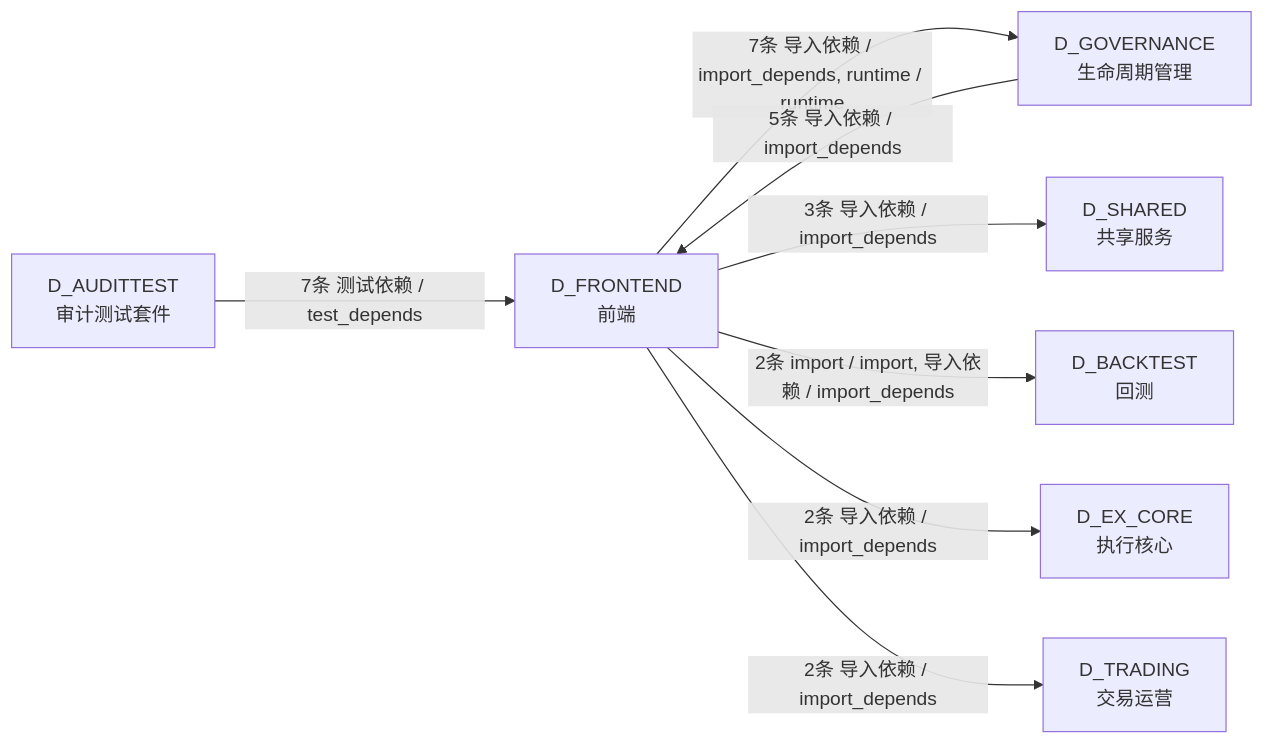
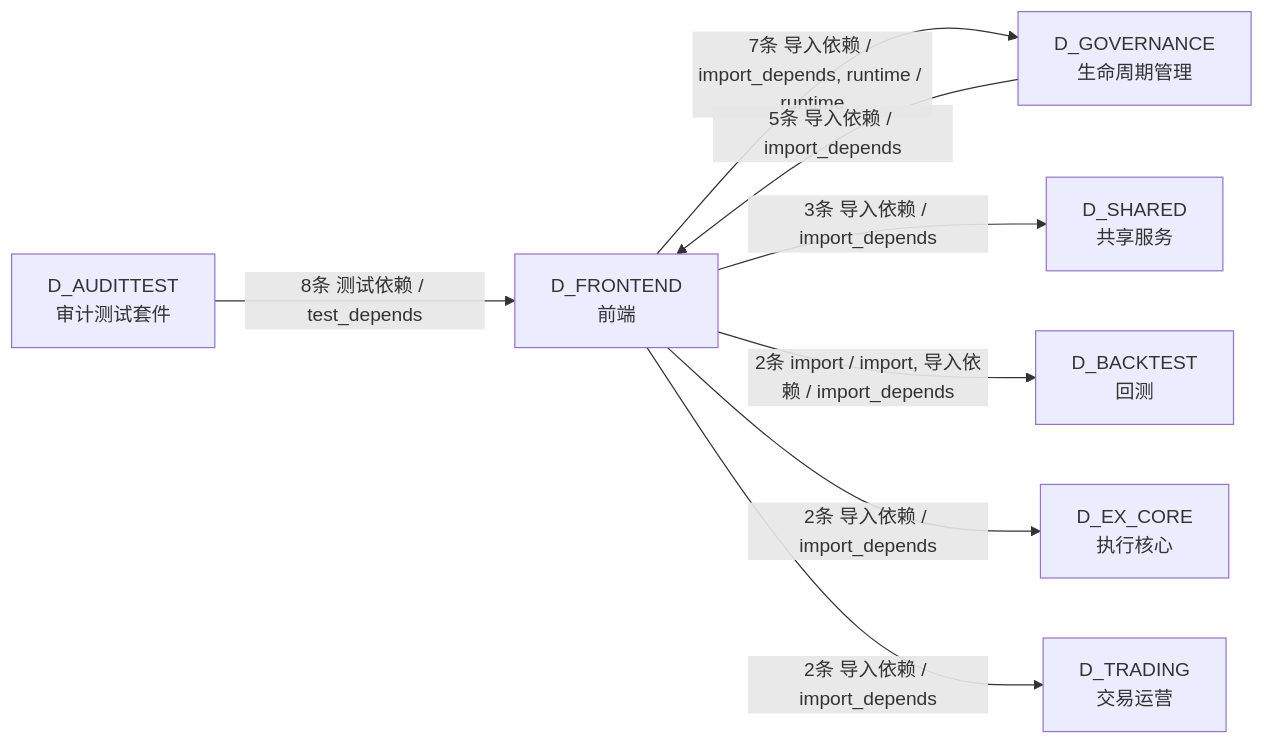
The fifth of 5 diagrams in docs/02_enterprise_architecture/02_domain_architecture_docs/11_d_frontend.md (xuanFelixVan/ZephyrAlpha), drawn with Mermaid before and after one commit. The commit also changed other lines of this file and 100 other files, not shown here.

````diff
--- a/docs/02_enterprise_architecture/02_domain_architecture_docs/11_d_frontend.md
+++ b/docs/02_enterprise_architecture/02_domain_architecture_docs/11_d_frontend.md
@@ -382,17 +382,17 @@
 ```mermaid
 graph LR
     D_FRONTEND["D_FRONTEND<br/>前端"]
     D_GOVERNANCE["D_GOVERNANCE<br/>生命周期管理"]
     D_SHARED["D_SHARED<br/>共享服务"]
     D_BACKTEST["D_BACKTEST<br/>回测"]
     D_EX_CORE["D_EX_CORE<br/>执行核心"]
     D_TRADING["D_TRADING<br/>交易运营"]
     D_AUDITTEST["D_AUDITTEST<br/>审计测试套件"]
     D_FRONTEND -->|7条 导入依赖 / import_depends, runtime / runtime| D_GOVERNANCE
     D_FRONTEND -->|3条 导入依赖 / import_depends| D_SHARED
     D_FRONTEND -->|2条 import / import, 导入依赖 / import_depends| D_BACKTEST
     D_FRONTEND -->|2条 导入依赖 / import_depends| D_EX_CORE
     D_FRONTEND -->|2条 导入依赖 / import_depends| D_TRADING
-    D_AUDITTEST -->|7条 测试依赖 / test_depends| D_FRONTEND
+    D_AUDITTEST -->|8条 测试依赖 / test_depends| D_FRONTEND
     D_GOVERNANCE -->|5条 导入依赖 / import_depends| D_FRONTEND
 ```
````
